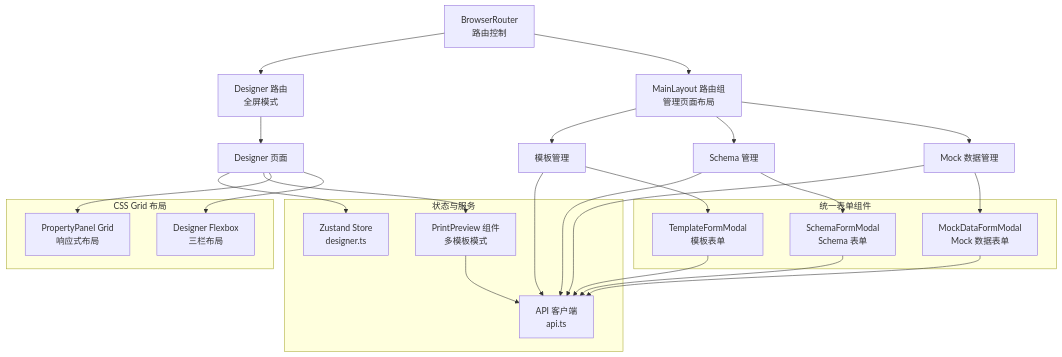
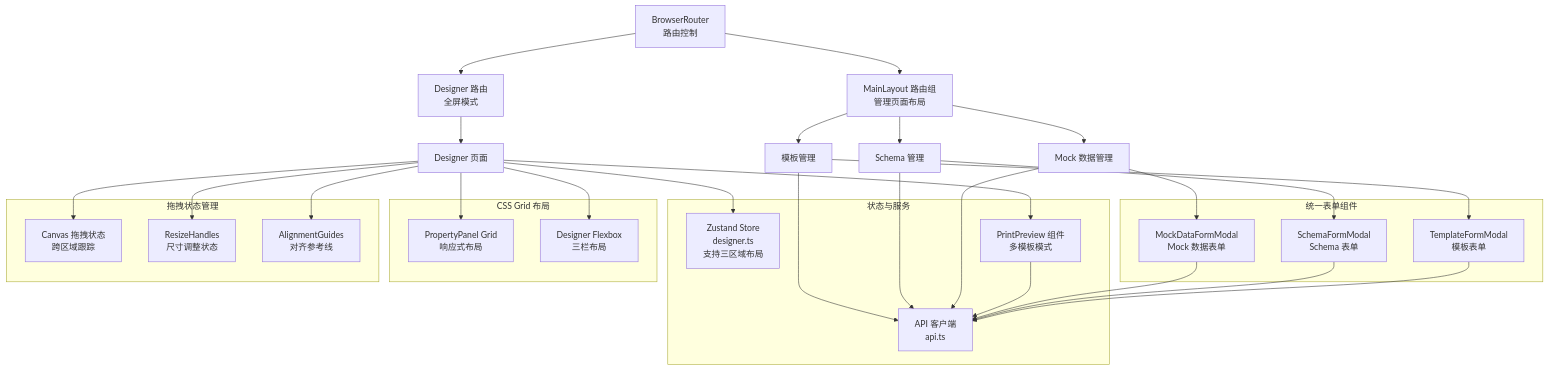
One commit to joker-yjc/printer changed the second of 14 diagrams in .qoder/repowiki/zh/content/设计器前端应用/架构设计.md. Above: the diagram before and after it, drawn with Mermaid. The commit also changed other lines of this file and 16 other files, not shown here.

````diff
--- a/.qoder/repowiki/zh/content/设计器前端应用/架构设计.md
+++ b/.qoder/repowiki/zh/content/设计器前端应用/架构设计.md
@@ -187,37 +214,45 @@
 ```mermaid
 graph TB
 R["BrowserRouter<br/>路由控制"] --> L1["Designer 路由<br/>全屏模式"]
 R --> L2["MainLayout 路由组<br/>管理页面布局"]
 L1 --> P1["Designer 页面"]
 L2 --> P2["模板管理"]
 L2 --> P3["Schema 管理"]
 L2 --> P4["Mock 数据管理"]
 subgraph "状态与服务"
-Z["Zustand Store<br/>designer.ts"]
+Z["Zustand Store<br/>designer.ts<br/>支持三区域布局"]
 S["API 客户端<br/>api.ts"]
 PP["PrintPreview 组件<br/>多模板模式"]
 end
 subgraph "统一表单组件"
 M["MockDataFormModal<br/>Mock 数据表单"]
 SC["SchemaFormModal<br/>Schema 表单"]
 T["TemplateFormModal<br/>模板表单"]
 end
 subgraph "CSS Grid 布局"
 GP["PropertyPanel Grid<br/>响应式布局"]
 DP["Designer Flexbox<br/>三栏布局"]
 end
+subgraph "拖拽状态管理"
+C["Canvas 拖拽状态<br/>跨区域跟踪"]
+RH["ResizeHandles<br/>尺寸调整状态"]
+AG["AlignmentGuides<br/>对齐参考线"]
+end
 P1 --> Z
 P1 --> PP
 P1 --> GP
 P1 --> DP
+P1 --> C
+P1 --> RH
+P1 --> AG
 P2 --> S
 P2 --> T
 P3 --> S
 P3 --> SC
 P4 --> S
 P4 --> M
 PP --> S
 M --> S
 SC --> S
 T --> S
 ```
````
